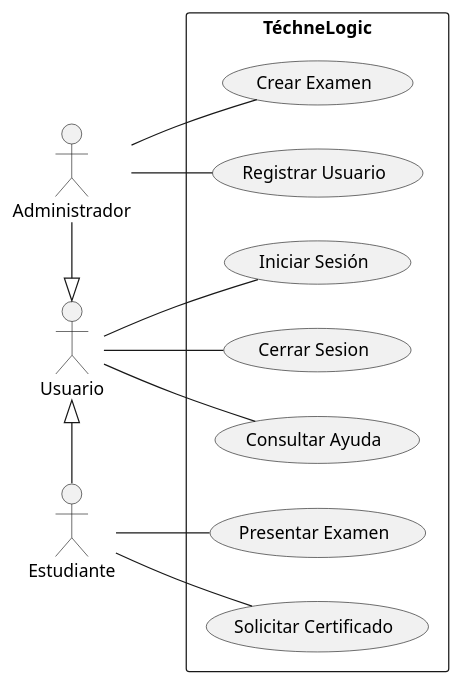
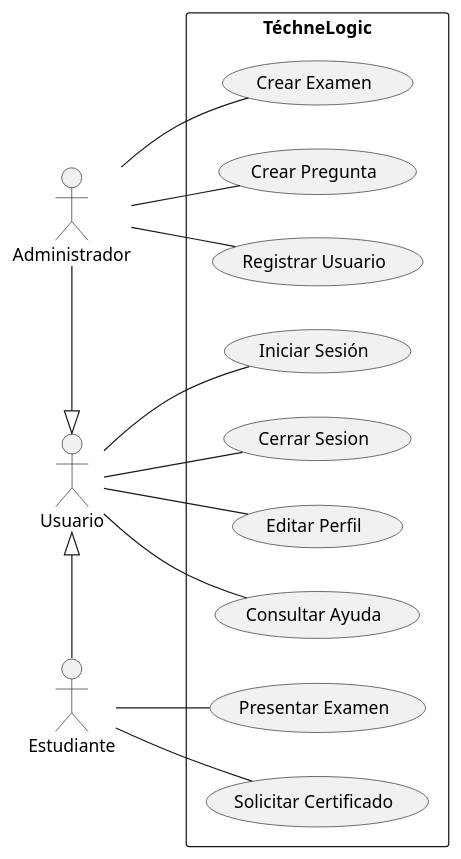
Before and after one commit to TheSProyect/Proyecto-IS-Grupo-1: the diagram in docs/scenariosView/UseCaseDiagram.plantuml, drawn with PlantUML.

Commit message:
Add missing usecases

```diff
--- a/docs/scenariosView/UseCaseDiagram.plantuml
+++ b/docs/scenariosView/UseCaseDiagram.plantuml
@@ -1,34 +1,36 @@
 @startuml 
 left to right direction
 
 actor "Administrador" as Admin
 actor "Estudiante" as Student
 actor "Usuario" as User
 
 rectangle TéchneLogic {
 usecase "Crear Examen" as CreateT
+usecase "Crear Pregunta" as CreateQ
 usecase "Registrar Usuario" as Register
 usecase "Iniciar Sesión" as Login
 usecase "Cerrar Sesion" as Logout
+usecase "Editar Perfil" as Edit 
 usecase "Consultar Ayuda" as Help
 usecase "Presentar Examen" as Test
 usecase "Solicitar Certificado" as Certify
 }
 
 User <|-l- Admin
 User <|-r- Student
 
 Admin -- CreateT
-
+Admin -- CreateQ
 Admin -- Register
 
 User -- Login
 User -- Logout
-
+User -- Edit
 User -- Help
 
 Student -- Test
 
 Student -- Certify
 
 @enduml
```
